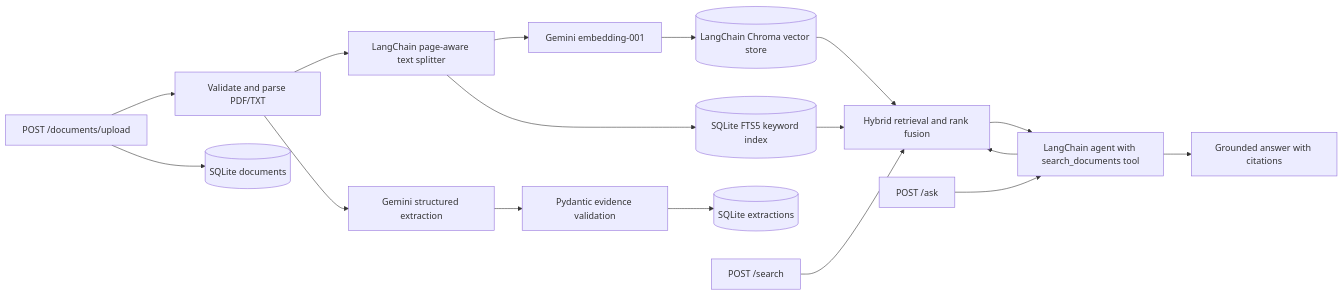
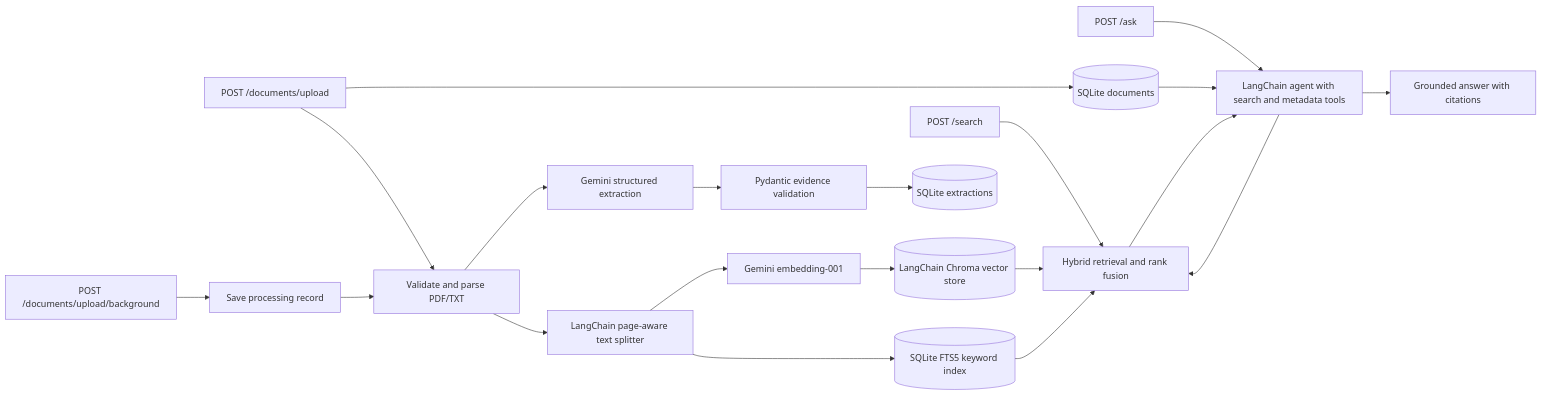
One commit to Bansal0527/live2-rag changed the diagram in README.md. Above: the diagram before and after it, drawn with Mermaid. The commit also changed other lines of this file and 10 other files, not shown here.

Commit message:
Add background uploads agent metadata tool and evaluation

````diff
--- a/README.md
+++ b/README.md
@@ -7,19 +7,22 @@
 ```mermaid
 flowchart LR
   Upload[POST /documents/upload] --> Validate[Validate and parse PDF/TXT]
+  Background[POST /documents/upload/background] --> Queue[Save processing record]
+  Queue --> Validate
   Validate --> Pages[LangChain page-aware text splitter]
   Pages --> Embed[Gemini embedding-001]
   Embed --> Chroma[(LangChain Chroma vector store)]
   Pages --> FTS[(SQLite FTS5 keyword index)]
   Validate --> Extract[Gemini structured extraction]
   Extract --> Pydantic[Pydantic evidence validation]
   Pydantic --> SQLite[(SQLite extractions)]
   Upload --> SQLiteMeta[(SQLite documents)]
   Search[POST /search] --> Retrieve[Hybrid retrieval and rank fusion]
-  Ask[POST /ask] --> Agent[LangChain agent with search_documents tool]
+  Ask[POST /ask] --> Agent[LangChain agent with search and metadata tools]
+  SQLiteMeta --> Agent
   Chroma --> Retrieve
   FTS --> Retrieve
   Agent --> Retrieve
   Retrieve --> Agent
   Agent --> Answer[Grounded answer with citations]
 ```
````
